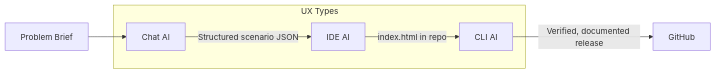
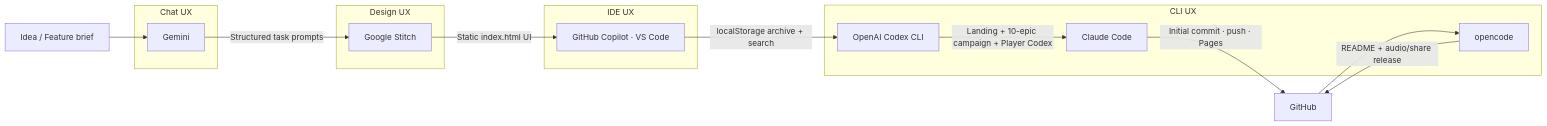
The diagram in README.md (MUGWANEZAMANZI/cronicles), drawn with Mermaid before and after one commit. The commit also changed other lines of this file, not shown here.

````diff
--- a/README.md
+++ b/README.md
@@ -29,13 +37,26 @@
 ```mermaid
 flowchart LR
-    A[Problem Brief] --> B[Chat AI]
-    B -->|Structured scenario JSON| C[IDE AI]
-    C -->|index.html in repo| D[CLI AI]
-    D -->|Verified, documented release| E[GitHub]
+    A[Idea / Feature brief] --> B[Gemini]
+    B -->|Structured task prompts| C[Google Stitch]
+    C -->|Static index.html UI| D[GitHub Copilot · VS Code]
+    D -->|localStorage archive + search| E[OpenAI Codex CLI]
+    E -->|Landing + 10-epic campaign + Player Codex| F[Claude Code]
+    F -->|Initial commit · push · Pages| G[GitHub]
+    G --> H[opencode]
+    H -->|README + audio/share release| G
 
-    subgraph UX Types
+    subgraph Chat UX
         B
+    end
+    subgraph Design UX
         C
+    end
+    subgraph IDE UX
         D
     end
+    subgraph CLI UX
+        E
+        F
+        H
+    end
 ```
````
